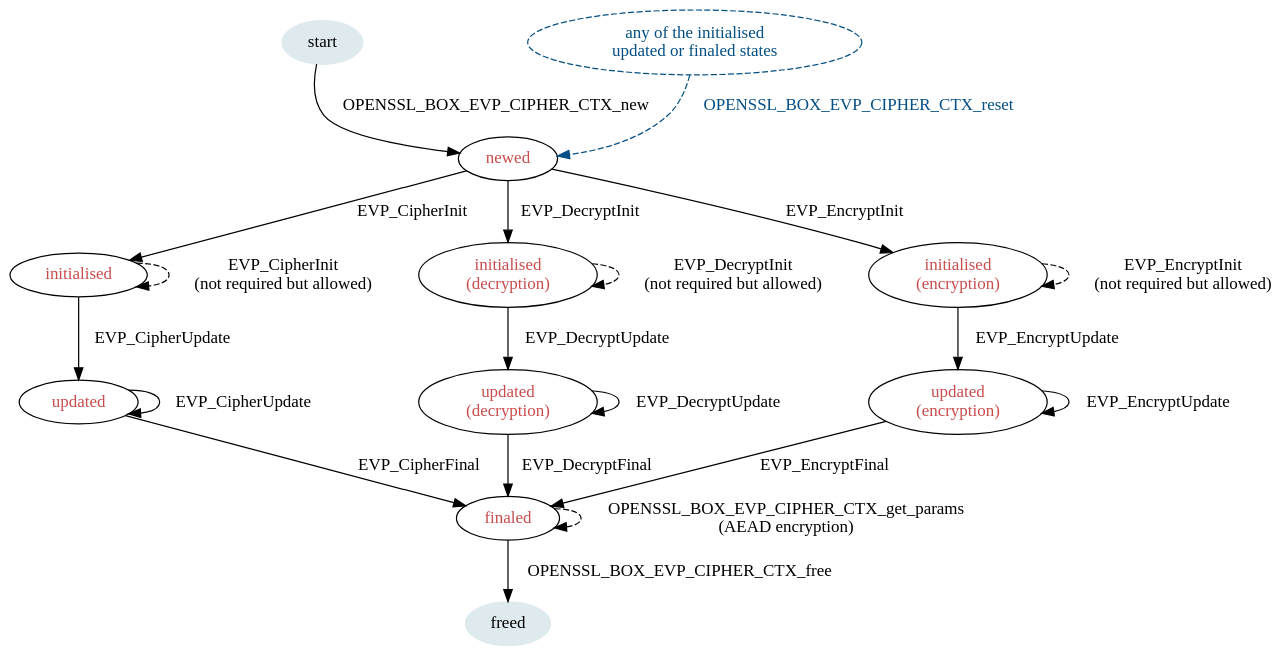
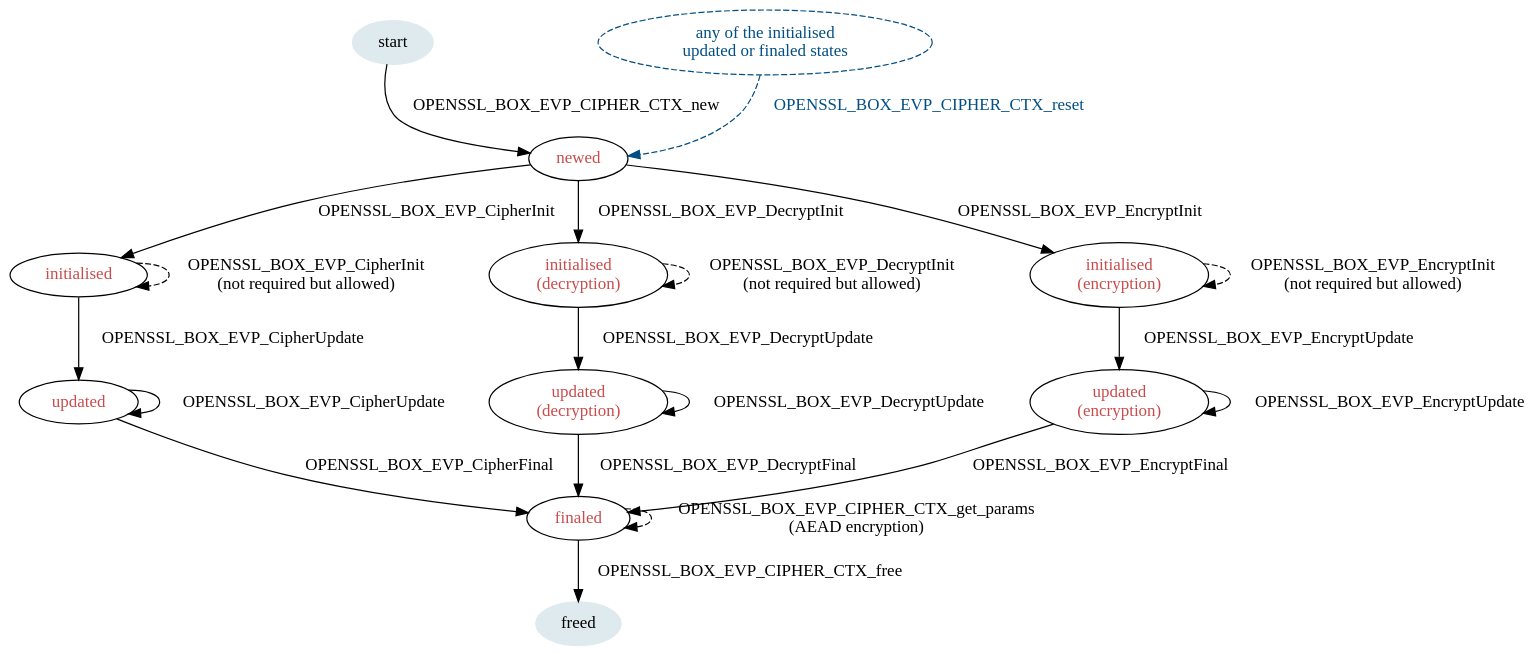
Before and after one commit to jogme/openssl: the diagram in doc/life-cycles/cipher.dot, drawn with Graphviz. The commit also changed 587 other files, not shown here.

```diff
--- a/doc/life-cycles/cipher.dot
+++ b/doc/life-cycles/cipher.dot
@@ -1,71 +1,71 @@
 digraph cipher {
     bgcolor="transparent";
 
     begin [label=start, color="#deeaee", style="filled"];
     newed [fontcolor="#c94c4c", style="solid"];
 
     initialised [fontcolor="#c94c4c"];
     updated [fontcolor="#c94c4c"];
     finaled [fontcolor="#c94c4c"];
     end [label="freed", color="#deeaee", style="filled"];
 
     d_initialised [label="initialised\n(decryption)", fontcolor="#c94c4c"];
     d_updated [label="updated\n(decryption)", fontcolor="#c94c4c"];
     e_initialised [label="initialised\n(encryption)", fontcolor="#c94c4c"];
     e_updated [label="updated\n(encryption)", fontcolor="#c94c4c"];
 
     begin -> newed [label="OPENSSL_BOX_EVP_CIPHER_CTX_new"];
-    newed -> initialised [label="EVP_CipherInit"];
-    initialised -> initialised [label="EVP_CipherInit\n(not required but allowed)",
+    newed -> initialised [label="OPENSSL_BOX_EVP_CipherInit"];
+    initialised -> initialised [label="OPENSSL_BOX_EVP_CipherInit\n(not required but allowed)",
                                 style=dashed];
-    initialised -> updated [label="EVP_CipherUpdate", weight=2];
-    updated -> updated [label="EVP_CipherUpdate"];
-    updated -> finaled [label="EVP_CipherFinal"];
+    initialised -> updated [label="OPENSSL_BOX_EVP_CipherUpdate", weight=2];
+    updated -> updated [label="OPENSSL_BOX_EVP_CipherUpdate"];
+    updated -> finaled [label="OPENSSL_BOX_EVP_CipherFinal"];
     finaled -> finaled [label="OPENSSL_BOX_EVP_CIPHER_CTX_get_params\n(AEAD encryption)",
                         style=dashed];
     finaled -> end [label="OPENSSL_BOX_EVP_CIPHER_CTX_free"];
-    newed -> d_initialised [label="EVP_DecryptInit"];
-    d_initialised -> d_initialised [label="EVP_DecryptInit\n(not required but allowed)",
+    newed -> d_initialised [label="OPENSSL_BOX_EVP_DecryptInit"];
+    d_initialised -> d_initialised [label="OPENSSL_BOX_EVP_DecryptInit\n(not required but allowed)",
                                 style=dashed];
-    d_initialised -> d_updated [label="EVP_DecryptUpdate", weight=2];
-    d_updated -> d_updated [label="EVP_DecryptUpdate"];
-    d_updated -> finaled [label="EVP_DecryptFinal"];
-    newed -> e_initialised [label="EVP_EncryptInit"];
-    e_initialised -> e_initialised [label="EVP_EncryptInit\n(not required but allowed)",
+    d_initialised -> d_updated [label="OPENSSL_BOX_EVP_DecryptUpdate", weight=2];
+    d_updated -> d_updated [label="OPENSSL_BOX_EVP_DecryptUpdate"];
+    d_updated -> finaled [label="OPENSSL_BOX_EVP_DecryptFinal"];
+    newed -> e_initialised [label="OPENSSL_BOX_EVP_EncryptInit"];
+    e_initialised -> e_initialised [label="OPENSSL_BOX_EVP_EncryptInit\n(not required but allowed)",
                                 style=dashed];
-    e_initialised -> e_updated [label="EVP_EncryptUpdate", weight=2];
-    e_updated -> e_updated [label="EVP_EncryptUpdate"];
-    e_updated -> finaled [label="EVP_EncryptFinal"];
+    e_initialised -> e_updated [label="OPENSSL_BOX_EVP_EncryptUpdate", weight=2];
+    e_updated -> e_updated [label="OPENSSL_BOX_EVP_EncryptUpdate"];
+    e_updated -> finaled [label="OPENSSL_BOX_EVP_EncryptFinal"];
     most -> newed [label="OPENSSL_BOX_EVP_CIPHER_CTX_reset", style=dashed,
                       color="#034f84", fontcolor="#034f84"];
     most [label="any of the initialised\nupdated or finaled states", style=dashed,
                       color="#034f84", fontcolor="#034f84"];
 }
 
 /* This is a version with a single flavour which is easier to comprehend
 digraph cipher {
     bgcolor="transparent";
 
     begin [label=start, color="#deeaee", style="filled"];
     newed [fontcolor="#c94c4c", style="solid"];
     initialised [fontcolor="#c94c4c"];
     updated [fontcolor="#c94c4c"];
     finaled [fontcolor="#c94c4c"];
     end [label="freed", color="#deeaee", style="filled"];
 
     begin -> newed [label="OPENSSL_BOX_EVP_CIPHER_CTX_new"];
-    newed -> initialised [label="EVP_CipherInit"];
-    initialised -> initialised [label="EVP_CipherInit\n(not required but allowed)",
+    newed -> initialised [label="OPENSSL_BOX_EVP_CipherInit"];
+    initialised -> initialised [label="OPENSSL_BOX_EVP_CipherInit\n(not required but allowed)",
                                 style=dashed];
-    initialised -> updated [label="EVP_CipherUpdate", weight=2];
-    updated -> updated [label="EVP_CipherUpdate"];
-    updated -> finaled [label="EVP_CipherFinal"];
+    initialised -> updated [label="OPENSSL_BOX_EVP_CipherUpdate", weight=2];
+    updated -> updated [label="OPENSSL_BOX_EVP_CipherUpdate"];
+    updated -> finaled [label="OPENSSL_BOX_EVP_CipherFinal"];
     finaled -> finaled [label="OPENSSL_BOX_EVP_CIPHER_CTX_get_params\n(AEAD encryption)",
                         style=dashed];
     finaled -> end [label="OPENSSL_BOX_EVP_CIPHER_CTX_free"];
     finaled -> newed [label="OPENSSL_BOX_EVP_CIPHER_CTX_reset", style=dashed,
                       color="#034f84", fontcolor="#034f84"];
     updated -> newed [label="OPENSSL_BOX_EVP_CIPHER_CTX_reset", style=dashed,
                       color="#034f84", fontcolor="#034f84"];
 }
 */
```
